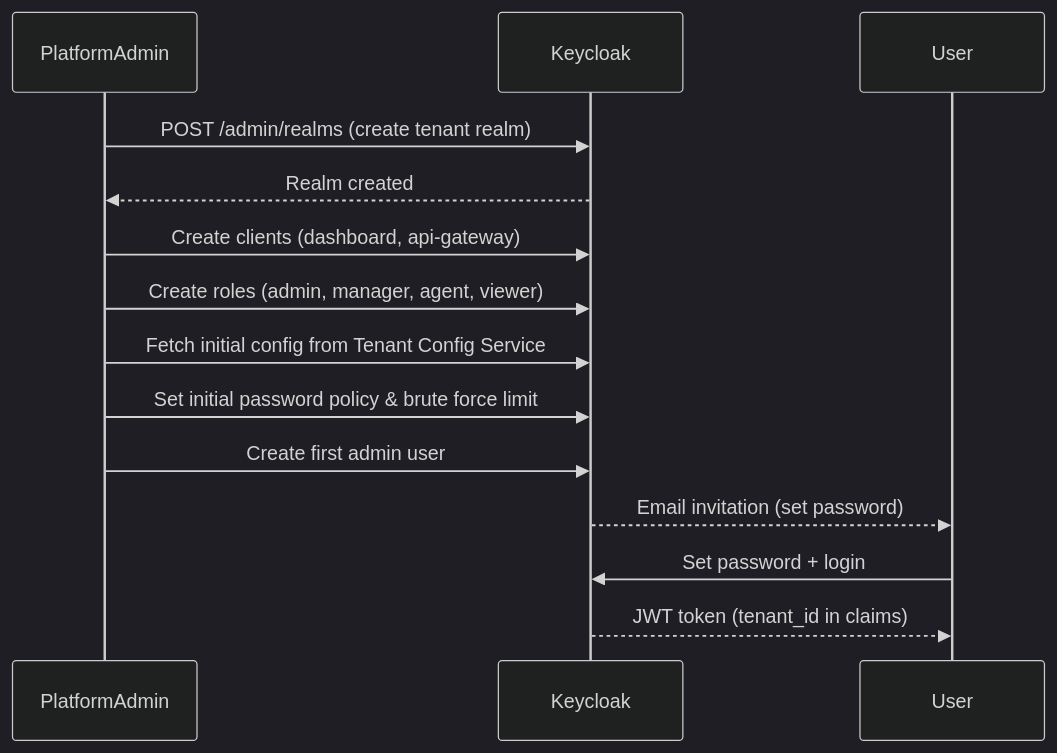
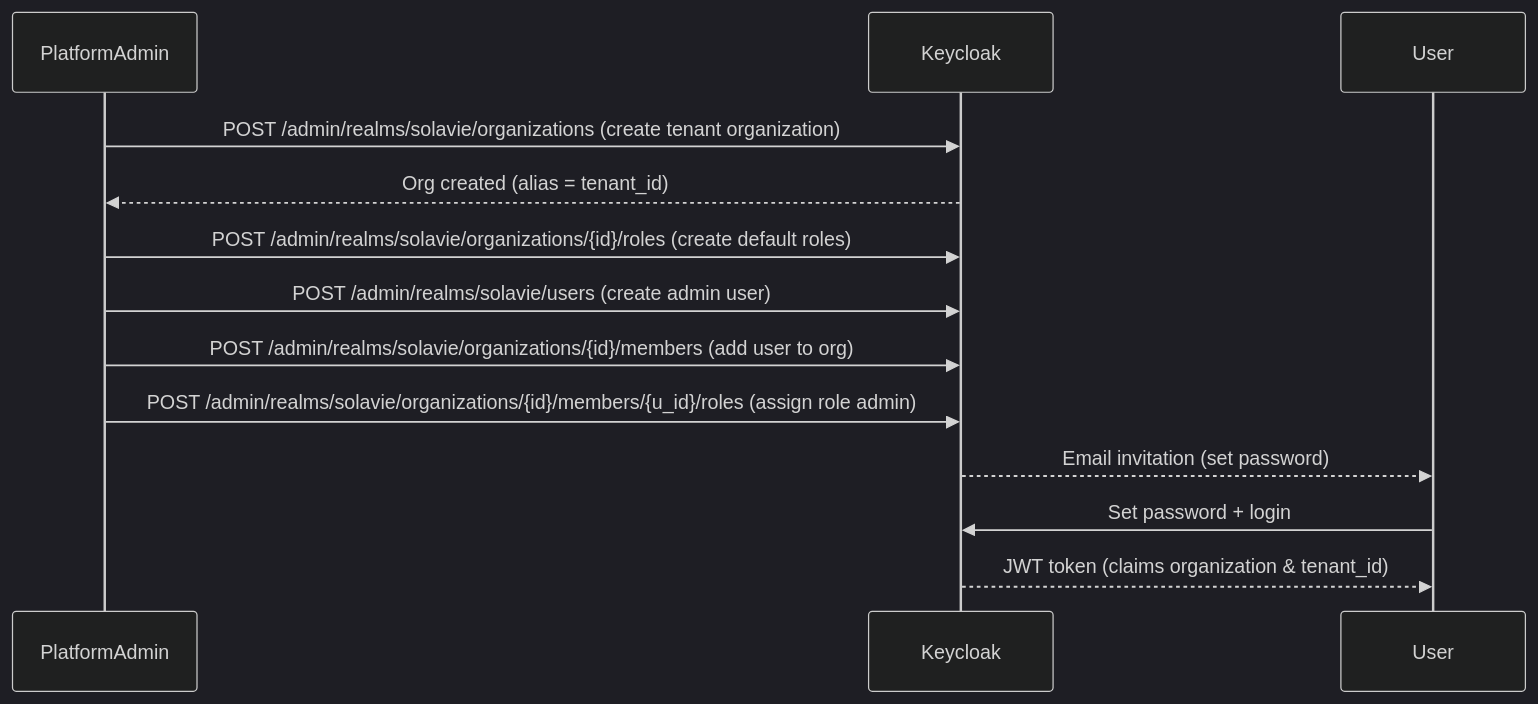
The second of 6 diagrams in specs/services/auth/design.md (hugg4u/solavie-platform), drawn with Mermaid (dark theme) before and after one commit. The commit also changed other lines of this file and 11 other files, not shown here.

Commit message:
docs: update specifications and checklists for Keycloak Organizations

````diff
--- a/specs/services/auth/design.md
+++ b/specs/services/auth/design.md
@@ -178,13 +182,12 @@
 ```mermaid
 sequenceDiagram
-    PlatformAdmin->>Keycloak: POST /admin/realms (create tenant realm)
-    Keycloak-->>PlatformAdmin: Realm created
-    PlatformAdmin->>Keycloak: Create clients (dashboard, api-gateway)
-    PlatformAdmin->>Keycloak: Create roles (admin, manager, agent, viewer)
-    PlatformAdmin->>Keycloak: Fetch initial config from Tenant Config Service
-    PlatformAdmin->>Keycloak: Set initial password policy & brute force limit
-    PlatformAdmin->>Keycloak: Create first admin user
+    PlatformAdmin->>Keycloak: POST /admin/realms/solavie/organizations (create tenant organization)
+    Keycloak-->>PlatformAdmin: Org created (alias = tenant_id)
+    PlatformAdmin->>Keycloak: POST /admin/realms/solavie/organizations/{id}/roles (create default roles)
+    PlatformAdmin->>Keycloak: POST /admin/realms/solavie/users (create admin user)
+    PlatformAdmin->>Keycloak: POST /admin/realms/solavie/organizations/{id}/members (add user to org)
+    PlatformAdmin->>Keycloak: POST /admin/realms/solavie/organizations/{id}/members/{u_id}/roles (assign role admin)
     Keycloak-->>User: Email invitation (set password)
     User->>Keycloak: Set password + login
-    Keycloak-->>User: JWT token (tenant_id in claims)
+    Keycloak-->>User: JWT token (claims organization & tenant_id)
 ```
````
